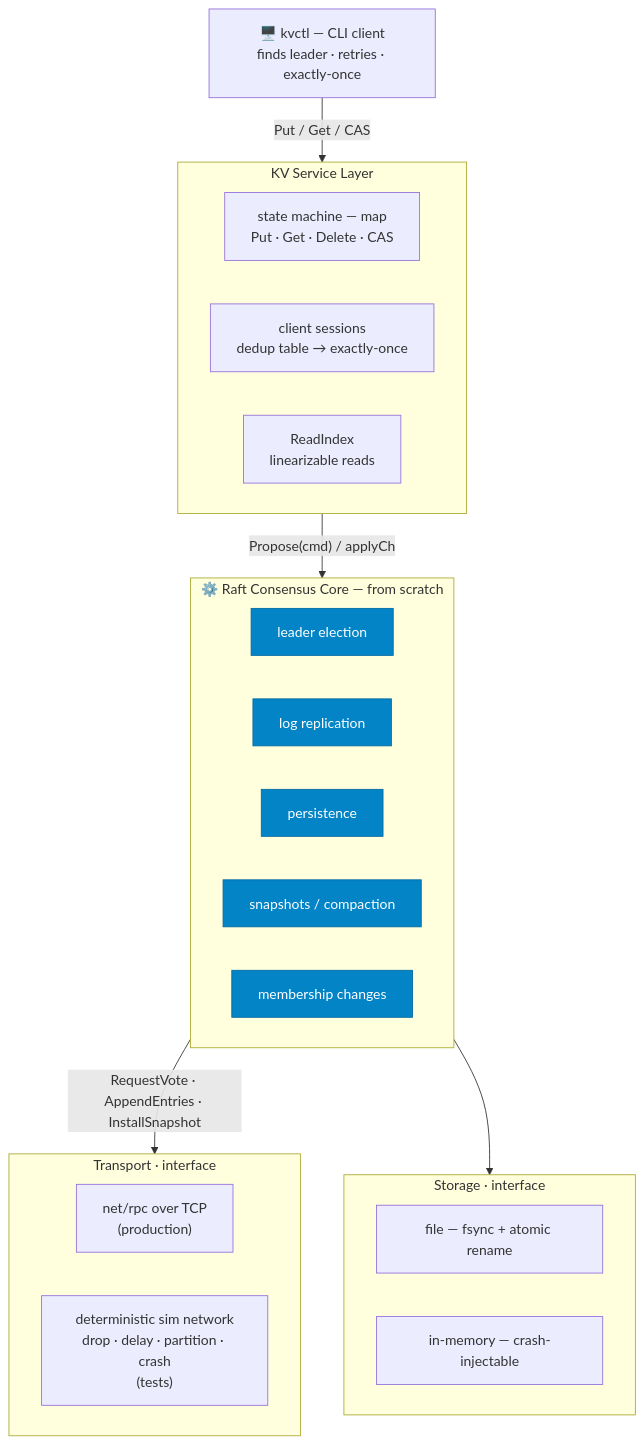
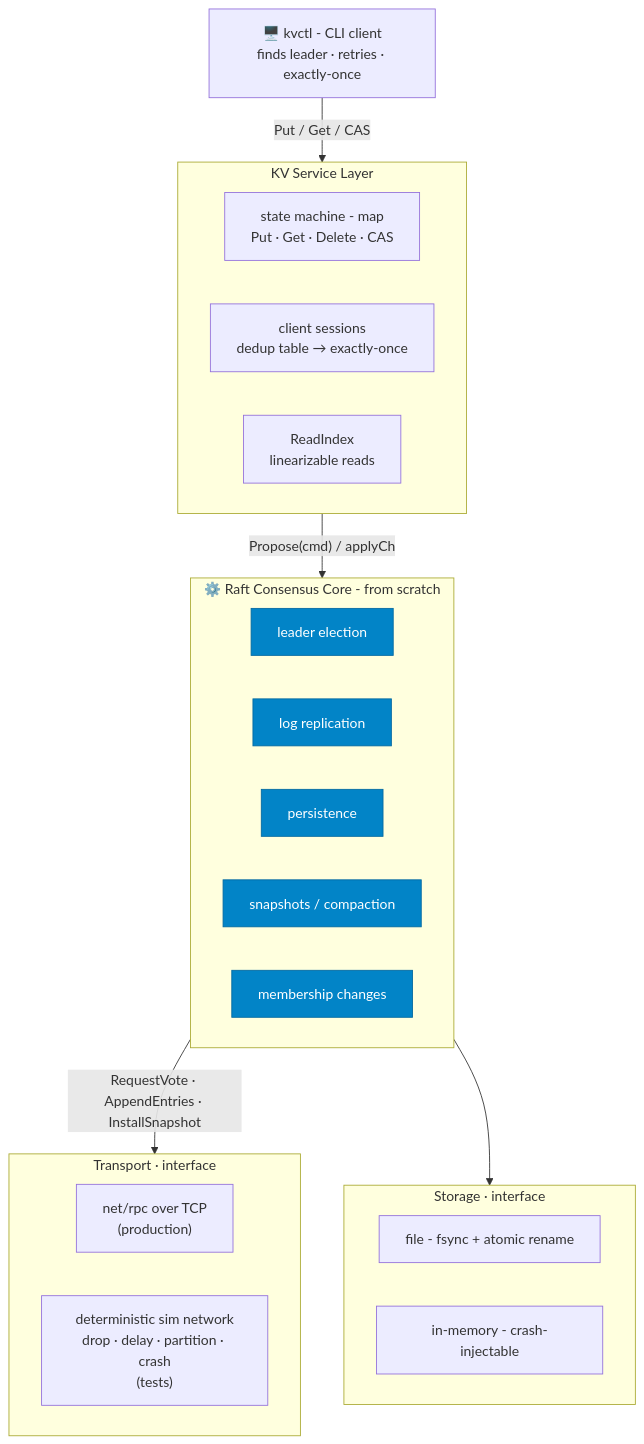
One commit to Jenak26/raftkv changed the diagram in README.md. Above: the diagram before and after it, drawn with Mermaid. The commit also changed other lines of this file and 37 other files, not shown here.

````diff
--- a/README.md
+++ b/README.md
@@ -64,36 +70,36 @@
 ```mermaid
 flowchart TD
-    CLI["🖥️ kvctl — CLI client<br/>finds leader · retries · exactly-once"]
+    CLI["🖥️ kvctl - CLI client<br/>finds leader · retries · exactly-once"]
 
     subgraph App ["KV Service Layer"]
-        SM["state machine — map<br/>Put · Get · Delete · CAS"]
+        SM["state machine - map<br/>Put · Get · Delete · CAS"]
         SESS["client sessions<br/>dedup table → exactly-once"]
         RI["ReadIndex<br/>linearizable reads"]
     end
 
-    subgraph Core ["⚙️ Raft Consensus Core — from scratch"]
+    subgraph Core ["⚙️ Raft Consensus Core - from scratch"]
         EL["leader election"]
         REP["log replication"]
         PERS["persistence"]
         SNAP["snapshots / compaction"]
         MEM["membership changes"]
     end
 
     subgraph Transport ["Transport · interface"]
         RPC["net/rpc over TCP<br/>(production)"]
         SIM["deterministic sim network<br/>drop · delay · partition · crash<br/>(tests)"]
     end
 
     subgraph Storage ["Storage · interface"]
-        FILE["file — fsync + atomic rename"]
-        MEMSTORE["in-memory — crash-injectable"]
+        FILE["file - fsync + atomic rename"]
+        MEMSTORE["in-memory - crash-injectable"]
     end
 
     CLI -->|Put / Get / CAS| App
     App -->|"Propose(cmd) / applyCh"| Core
     Core -->|RequestVote · AppendEntries · InstallSnapshot| Transport
     Core --> Storage
 
     classDef core fill:#0284c7,stroke:#0369a1,color:#fff;
     class EL,REP,PERS,SNAP,MEM core;
 ```
````
